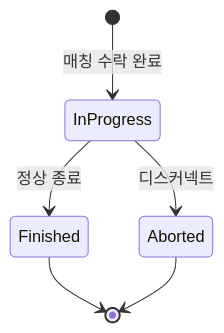
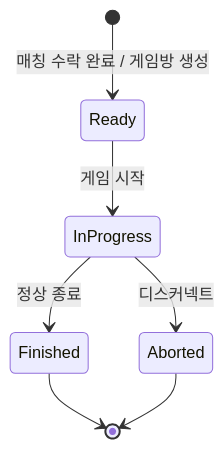
One commit to moonwhistle/League-of-Star changed the fifth of 5 diagrams in docs/DB/DDL.md. Above: the diagram before and after it, drawn with Mermaid. The commit also changed other lines of this file, not shown here.

````diff
--- a/docs/DB/DDL.md
+++ b/docs/DB/DDL.md
@@ -134,8 +134,9 @@
 ```mermaid
 stateDiagram-v2
-    [*] --> InProgress : 매칭 수락 완료
+    [*] --> Ready : 매칭 수락 완료 / 게임방 생성
+    Ready --> InProgress : 게임 시작
     InProgress --> Finished : 정상 종료
     InProgress --> Aborted : 디스커넥트
     Finished --> [*]
     Aborted --> [*]
 ```
````
